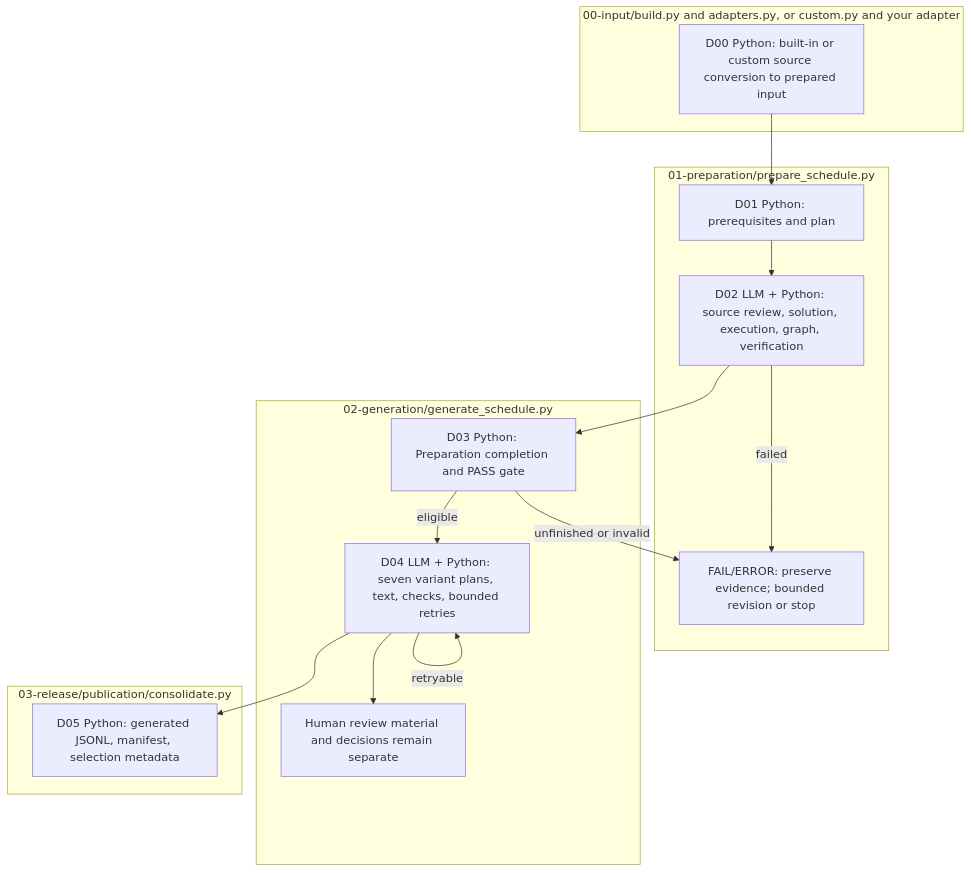
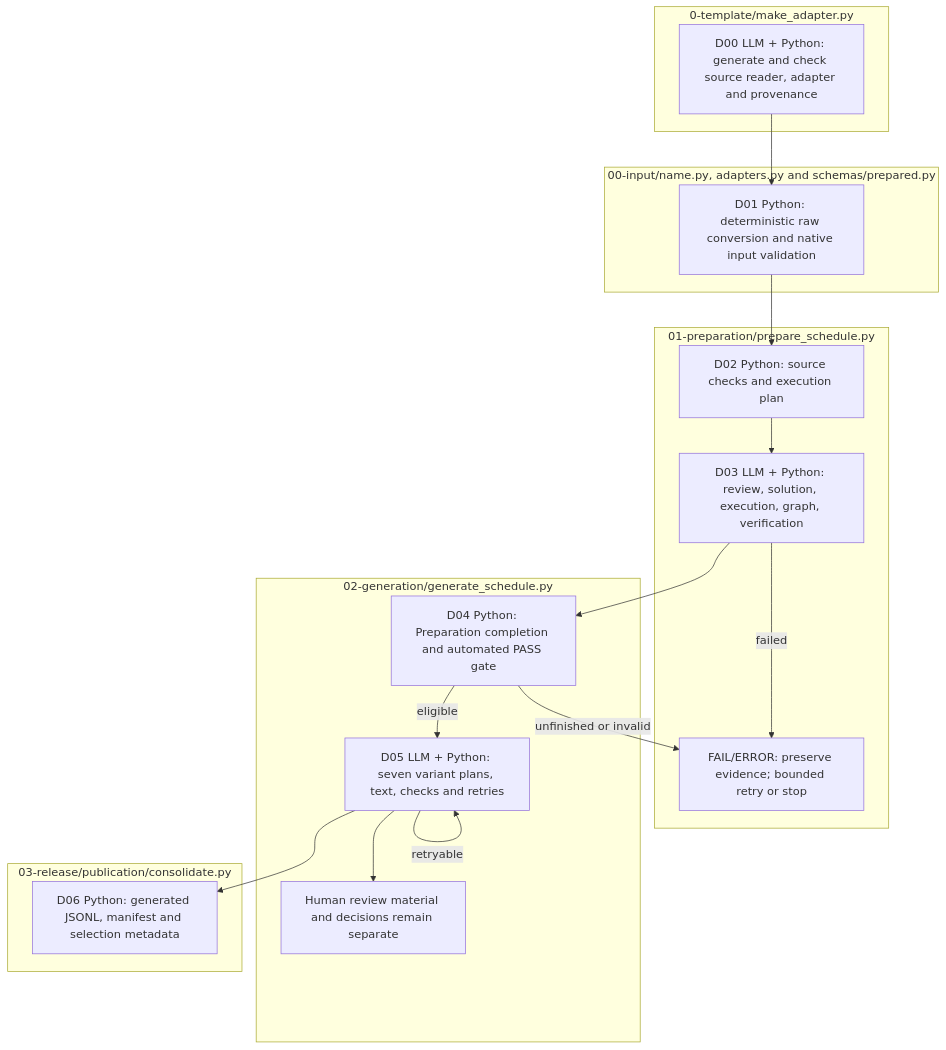
One commit to pnu-clink/finject changed the diagram in src/finarch/dataset/README.md. Above: the diagram before and after it, drawn with Mermaid. The commit also changed other lines of this file and 49 other files, not shown here.

````diff
--- a/src/finarch/dataset/README.md
+++ b/src/finarch/dataset/README.md
@@ -82,24 +175,27 @@
 ```mermaid
 flowchart TD
-  subgraph INPUT["00-input/build.py and adapters.py, or custom.py and your adapter"]
-    D00["D00 Python: built-in or custom source conversion to prepared input"]
+  subgraph AUTHOR["0-template/make_adapter.py"]
+    D00["D00 LLM + Python: generate and check source reader, adapter and provenance"]
+  end
+  subgraph INPUT["00-input/name.py, adapters.py and schemas/prepared.py"]
+    D01["D01 Python: deterministic raw conversion and native input validation"]
   end
   subgraph PREP["01-preparation/prepare_schedule.py"]
-    D01["D01 Python: prerequisites and plan"]
-    D02["D02 LLM + Python: source review, solution, execution, graph, verification"]
-    DF["FAIL/ERROR: preserve evidence; bounded revision or stop"]
+    D02["D02 Python: source checks and execution plan"]
+    D03["D03 LLM + Python: review, solution, execution, graph, verification"]
+    DF["FAIL/ERROR: preserve evidence; bounded retry or stop"]
   end
   subgraph GEN["02-generation/generate_schedule.py"]
-    D03["D03 Python: Preparation completion and PASS gate"]
-    D04["D04 LLM + Python: seven variant plans, text, checks, bounded retries"]
+    D04["D04 Python: Preparation completion and automated PASS gate"]
+    D05["D05 LLM + Python: seven variant plans, text, checks and retries"]
     DR["Human review material and decisions remain separate"]
   end
   subgraph RELEASE["03-release/publication/consolidate.py"]
-    D05["D05 Python: generated JSONL, manifest, selection metadata"]
+    D06["D06 Python: generated JSONL, manifest and selection metadata"]
   end
-  D00 --> D01 --> D02 --> D03 -->|eligible| D04 --> D05
-  D02 -->|failed| DF
-  D03 -->|unfinished or invalid| DF
-  D04 -->|retryable| D04
-  D04 --> DR
+  D00 --> D01 --> D02 --> D03 --> D04 -->|eligible| D05 --> D06
+  D03 -->|failed| DF
+  D04 -->|unfinished or invalid| DF
+  D05 -->|retryable| D05
+  D05 --> DR
 ```
````
